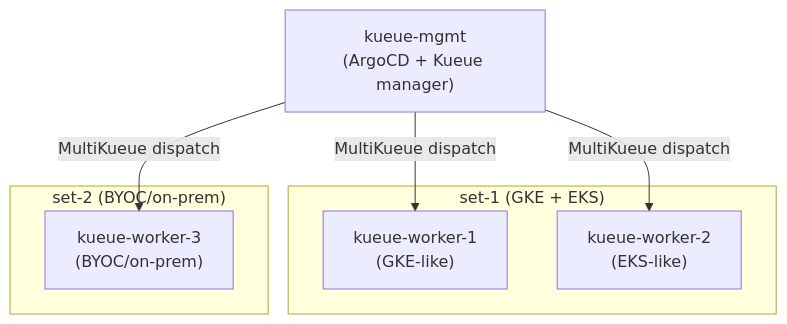
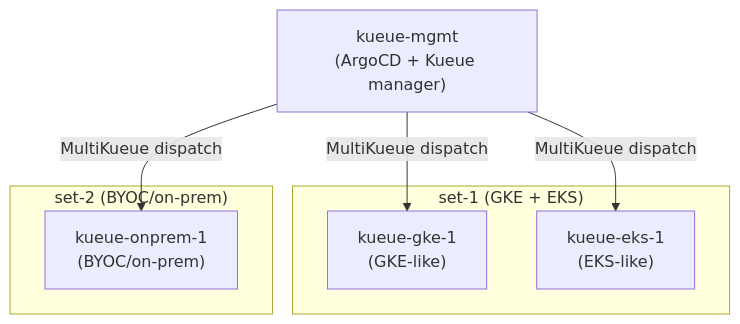
The first of 2 diagrams in argocd/05-multikueue-helm-poc/README.md (patilchinmay/k8s-experiments), drawn with Mermaid before and after one commit. The commit also changed other lines of this file and 11 other files, not shown here.

````diff
--- a/argocd/05-multikueue-helm-poc/README.md
+++ b/argocd/05-multikueue-helm-poc/README.md
@@ -9,17 +9,17 @@
 ```mermaid
 graph TD
     mgmt["kueue-mgmt<br>(ArgoCD + Kueue manager)"]
 
     subgraph set1["set-1 (GKE + EKS)"]
-        w1["kueue-worker-1<br>(GKE-like)"]
-        w2["kueue-worker-2<br>(EKS-like)"]
+        w1["kueue-gke-1<br>(GKE-like)"]
+        w2["kueue-eks-1<br>(EKS-like)"]
     end
 
     subgraph set2["set-2 (BYOC/on-prem)"]
-        w3["kueue-worker-3<br>(BYOC/on-prem)"]
+        w3["kueue-onprem-1<br>(BYOC/on-prem)"]
     end
 
     mgmt -->|"MultiKueue dispatch"| w1
     mgmt -->|"MultiKueue dispatch"| w2
     mgmt -->|"MultiKueue dispatch"| w3
 ```
````
